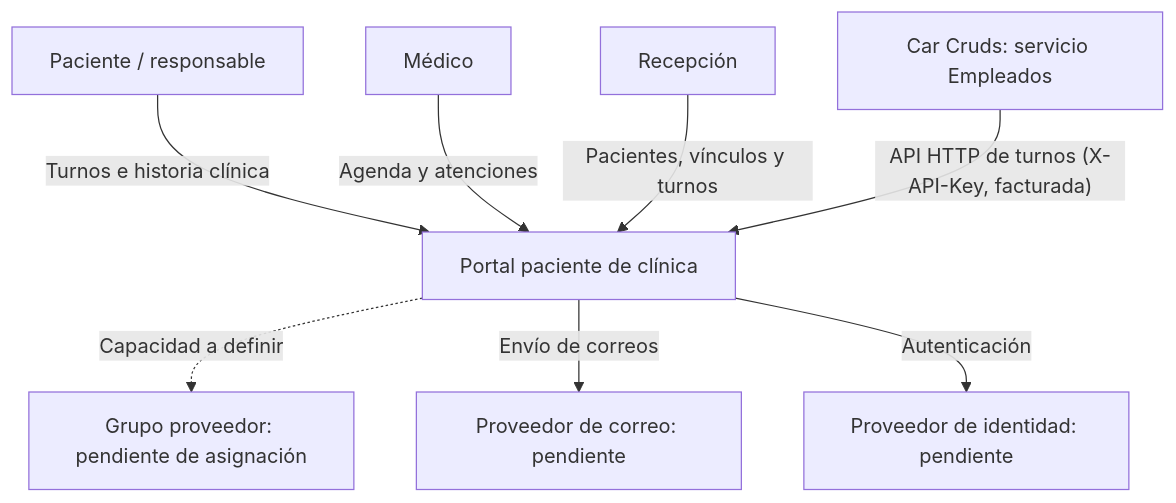
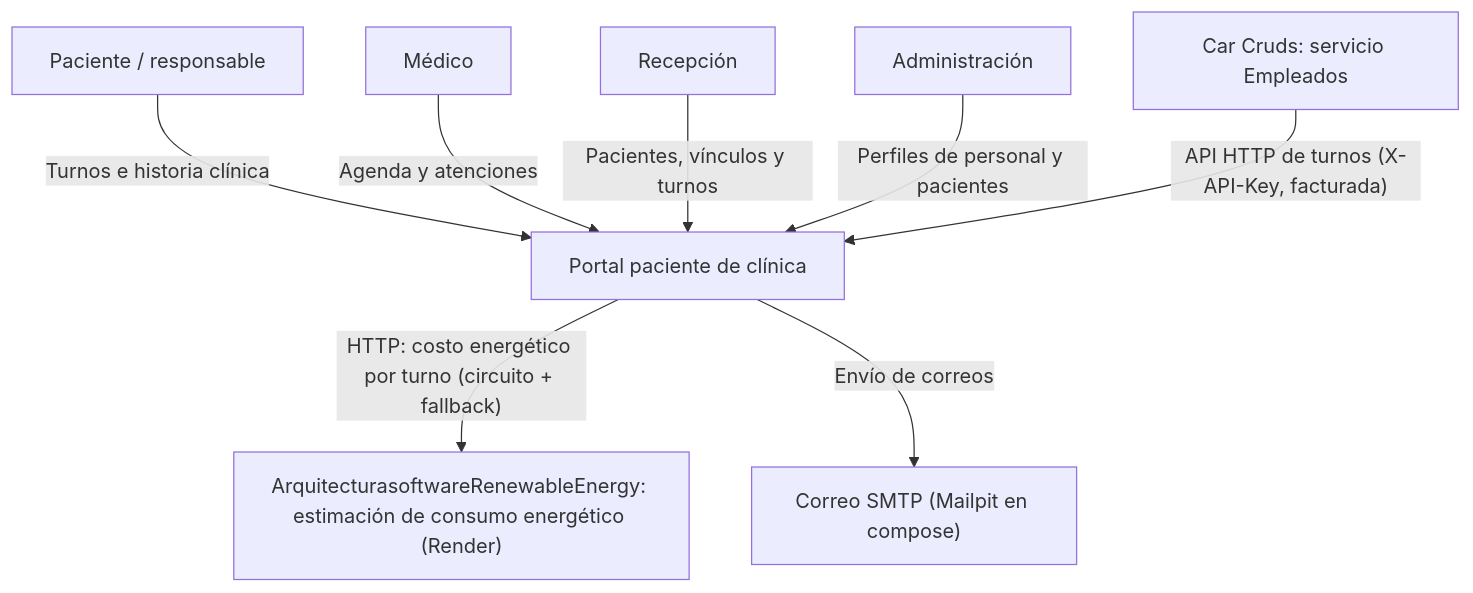
One commit to OctiDelFabro/portal-paciente-clinica changed the diagram in docs/diagrams/contexto.mmd. Above: the diagram before and after it, drawn with Mermaid. The commit also changed other lines of this file and 26 other files, not shown here.

```diff
--- a/docs/diagrams/contexto.mmd
+++ b/docs/diagrams/contexto.mmd
@@ -1,16 +1,16 @@
 flowchart TB
  p["Paciente / responsable"]
  m["Médico"]
  r["Recepción"]
+ a["Administración"]
  portal["Portal paciente de clínica"]
  consumidor["Car Cruds: servicio Empleados"]
- proveedor["Grupo proveedor: pendiente de asignación"]
- correo["Proveedor de correo: pendiente"]
- identidad["Proveedor de identidad: pendiente"]
+ proveedor["ArquitecturasoftwareRenewableEnergy: estimación de consumo energético (Render)"]
+ correo["Correo SMTP (Mailpit en compose)"]
  p -->|"Turnos e historia clínica"| portal
  m -->|"Agenda y atenciones"| portal
  r -->|"Pacientes, vínculos y turnos"| portal
+ a -->|"Perfiles de personal y pacientes"| portal
  consumidor -->|"API HTTP de turnos (X-API-Key, facturada)"| portal
- portal -.->|"Capacidad a definir"| proveedor
+ portal -->|"HTTP: costo energético por turno (circuito + fallback)"| proveedor
  portal -->|"Envío de correos"| correo
- portal -->|"Autenticación"| identidad
```
